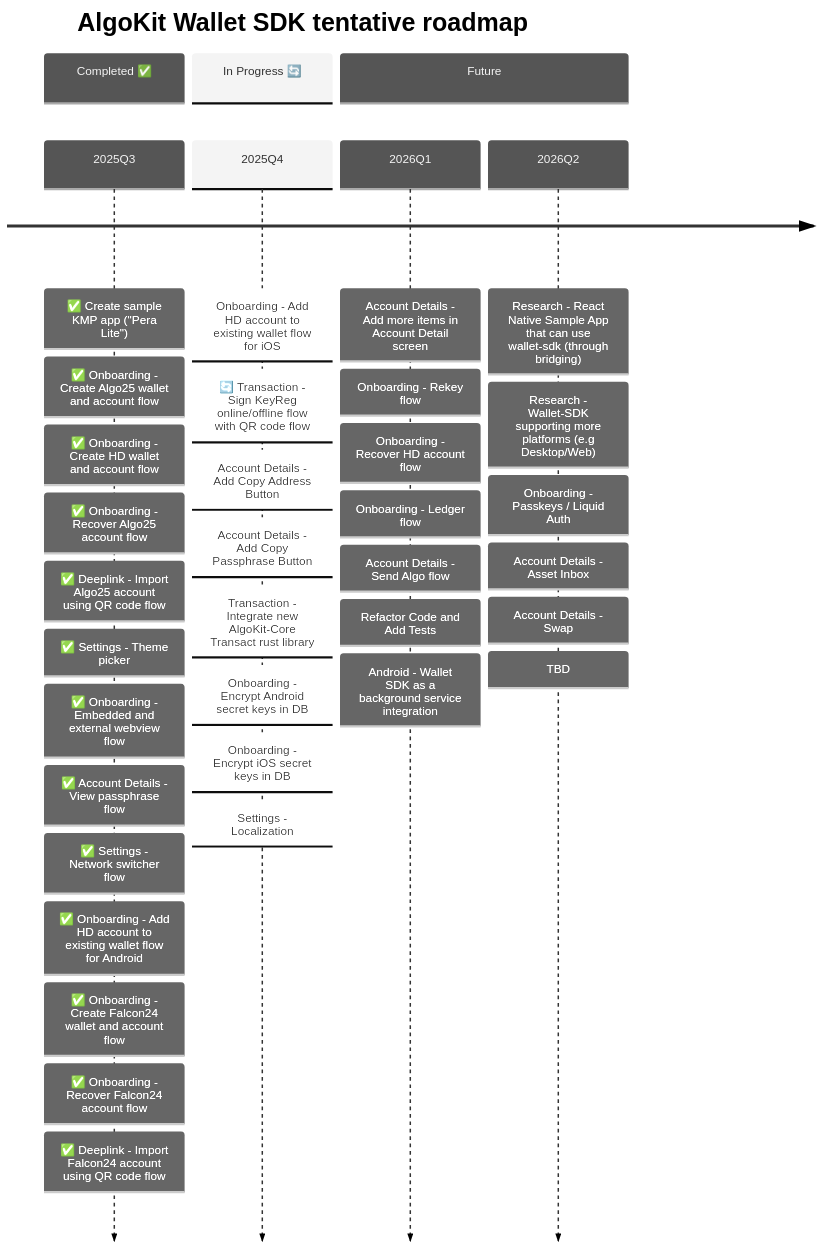
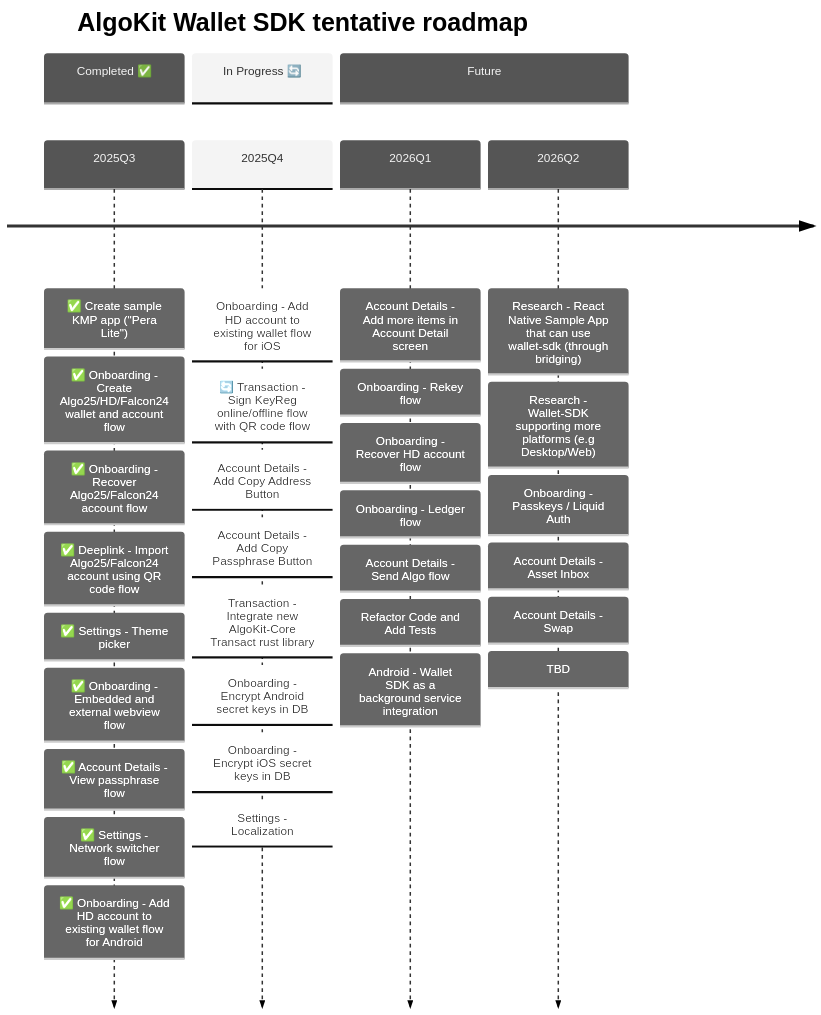
One commit to michaeltchuang/algokit-walletsdk-kmp changed the second of 3 diagrams in README.md. Above: the diagram before and after it, drawn with Mermaid.

Commit message:
docs: update readme to simplify 2025Q3 column (#60)

````diff
--- a/README.md
+++ b/README.md
@@ -47,48 +47,44 @@
 ```mermaid
 ---
 config:
   theme: 'neutral'
 ---
 timeline
     title AlgoKit Wallet SDK tentative roadmap
 
     section Completed ✅
     2025Q3  : ✅ Create sample KMP app ("Pera Lite")
-            : ✅ Onboarding - Create Algo25 wallet and account flow
-            : ✅ Onboarding - Create HD wallet and account flow
-            : ✅ Onboarding - Recover Algo25 account flow
-            : ✅ Deeplink - Import Algo25 account using QR code flow
+            : ✅ Onboarding - Create Algo25/HD/Falcon24 wallet and account flow
+            : ✅ Onboarding - Recover Algo25/Falcon24 account flow
+            : ✅ Deeplink - Import Algo25/Falcon24 account using QR code flow
             : ✅ Settings - Theme picker
             : ✅ Onboarding - Embedded and external webview flow
             : ✅ Account Details - View passphrase flow
             : ✅ Settings - Network switcher flow
             : ✅ Onboarding - Add HD account to existing wallet flow for Android
-            : ✅ Onboarding - Create Falcon24 wallet and account flow
-            : ✅ Onboarding - Recover Falcon24 account flow
-            : ✅ Deeplink - Import Falcon24 account using QR code flow
 
     section In Progress 🔄
     2025Q4  : Onboarding - Add HD account to existing wallet flow for iOS
             : 🔄 Transaction - Sign KeyReg online/offline flow with QR code flow
             : Account Details - Add Copy Address Button
             : Account Details - Add Copy Passphrase Button
             : Transaction - Integrate new AlgoKit-Core Transact rust library
             : Onboarding - Encrypt Android secret keys in DB
             : Onboarding - Encrypt iOS secret keys in DB
             : Settings - Localization
 
     section Future
     2026Q1  : Account Details - Add more items in Account Detail screen
             : Onboarding - Rekey flow
             : Onboarding - Recover HD account flow
             : Onboarding - Ledger flow
             : Account Details - Send Algo flow
             : Refactor Code and Add Tests
             : Android - Wallet SDK as a background service integration
     2026Q2  : Research - React Native Sample App that can use wallet-sdk (through bridging)
             : Research - Wallet-SDK supporting more platforms (e.g Desktop/Web)
             : Onboarding - Passkeys / Liquid Auth
             : Account Details - Asset Inbox
             : Account Details - Swap
             : TBD
 ```
````
